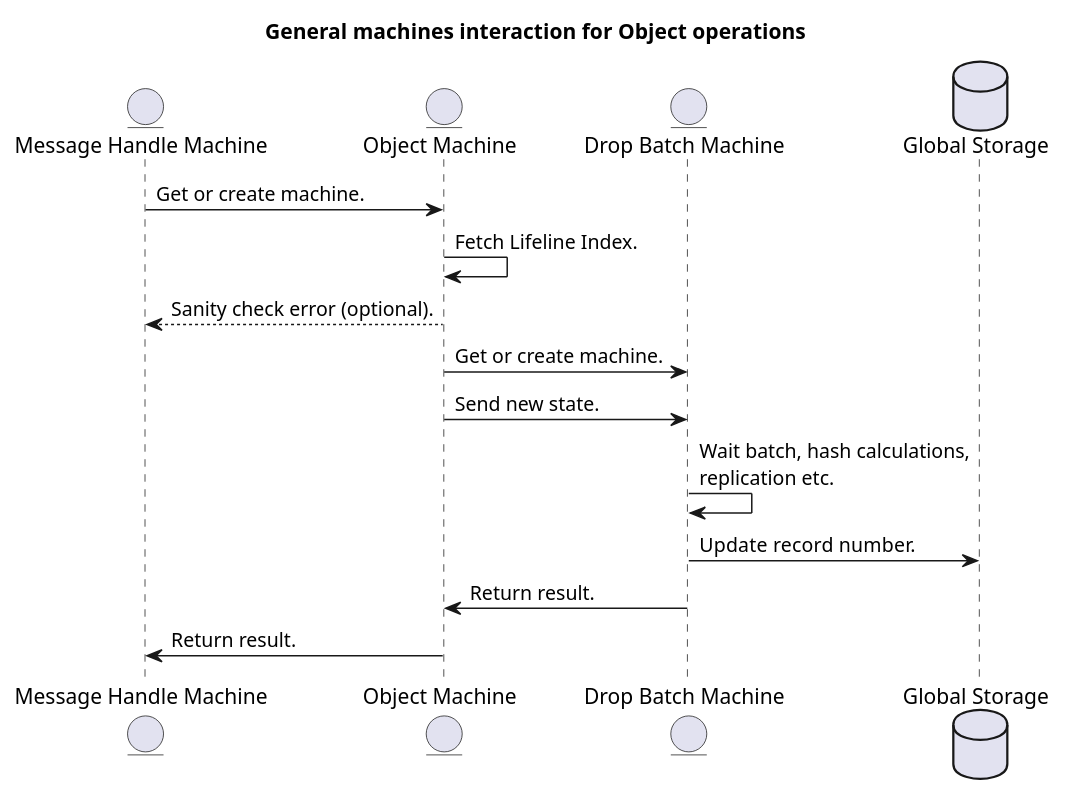
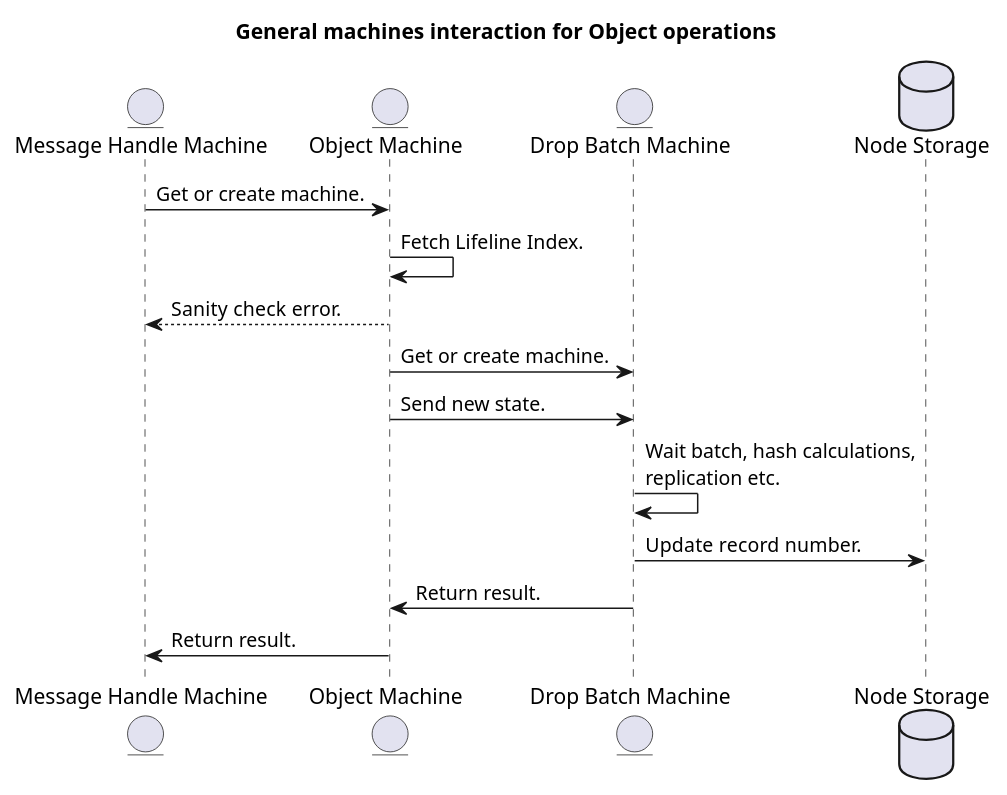
One commit to insolar/assured-ledger changed the diagram in ledger-core/v2/ledger/light/smachines/general_scheme.puml. Above: the diagram before and after it, drawn with PlantUML.

Commit message:
INS-4101: Fix descriptions in general machines UML.

```diff
--- a/ledger-core/v2/ledger/light/smachines/general_scheme.puml
+++ b/ledger-core/v2/ledger/light/smachines/general_scheme.puml
@@ -1,20 +1,20 @@
 @startuml
 
 title "General machines interaction for Object operations"
 
 entity "Message Handle Machine" as m
 entity "Object Machine" as o
 entity "Drop Batch Machine" as d
-database "Global Storage" as db
+database "Node Storage" as db
 
 m -> o : Get or create machine.
 o -> o : Fetch Lifeline Index.
-o --> m : Sanity check error (optional).
+o --> m : Sanity check error.
 o -> d : Get or create machine.
 o -> d : Send new state.
 d -> d : Wait batch, hash calculations,\nreplication etc.
 d -> db : Update record number.
 d -> o : Return result.
 o -> m : Return result.
 
 @enduml
```
